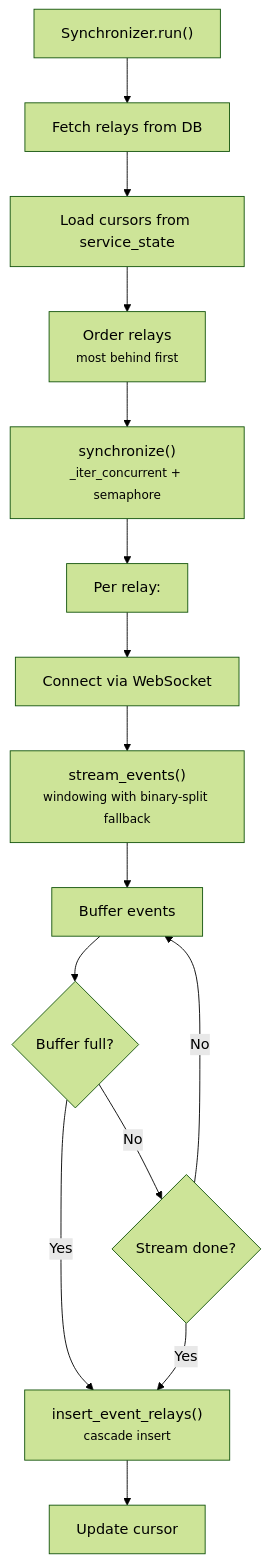
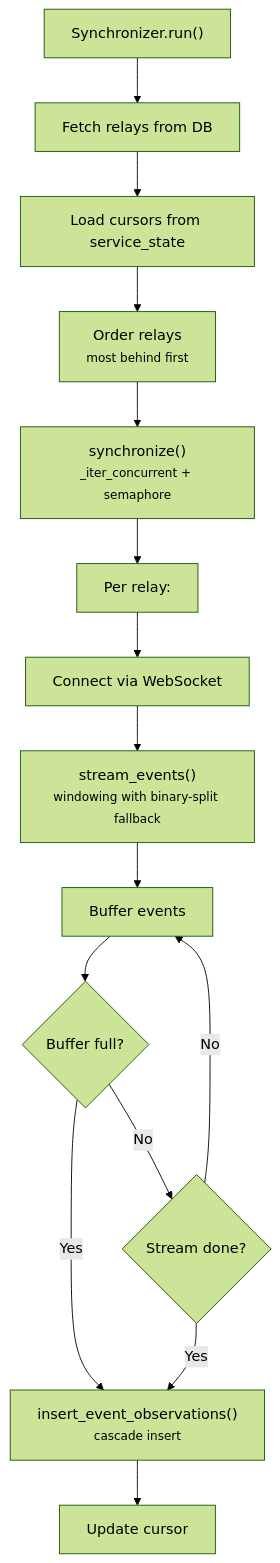
One commit to BigBrotr/bigbrotr changed the fourth of 5 diagrams in docs/user-guide/services.md. Above: the diagram before and after it, drawn with Mermaid (forest theme). The commit also changed other lines of this file and 87 other files, not shown here.

````diff
--- a/docs/user-guide/services.md
+++ b/docs/user-guide/services.md
@@ -314,18 +314,18 @@
 ```mermaid
 flowchart TD
     A["Synchronizer.run()"] --> B["Fetch relays from DB"]
     B --> C["Load cursors from service_state"]
     C --> D["Order relays<br/><small>most behind first</small>"]
     D --> E["synchronize()<br/><small>_iter_concurrent + semaphore</small>"]
     E --> F["Per relay:"]
     F --> G["Connect via WebSocket"]
     G --> H["stream_events()<br/><small>windowing with binary-split fallback</small>"]
     H --> I["Buffer events"]
     I --> J{Buffer full?}
-    J -->|Yes| K["insert_event_relays()<br/><small>cascade insert</small>"]
+    J -->|Yes| K["insert_event_observations()<br/><small>cascade insert</small>"]
     J -->|No| L{Stream done?}
     L -->|Yes| K
     L -->|No| I
     K --> M["Update cursor"]
 
 ```
````
